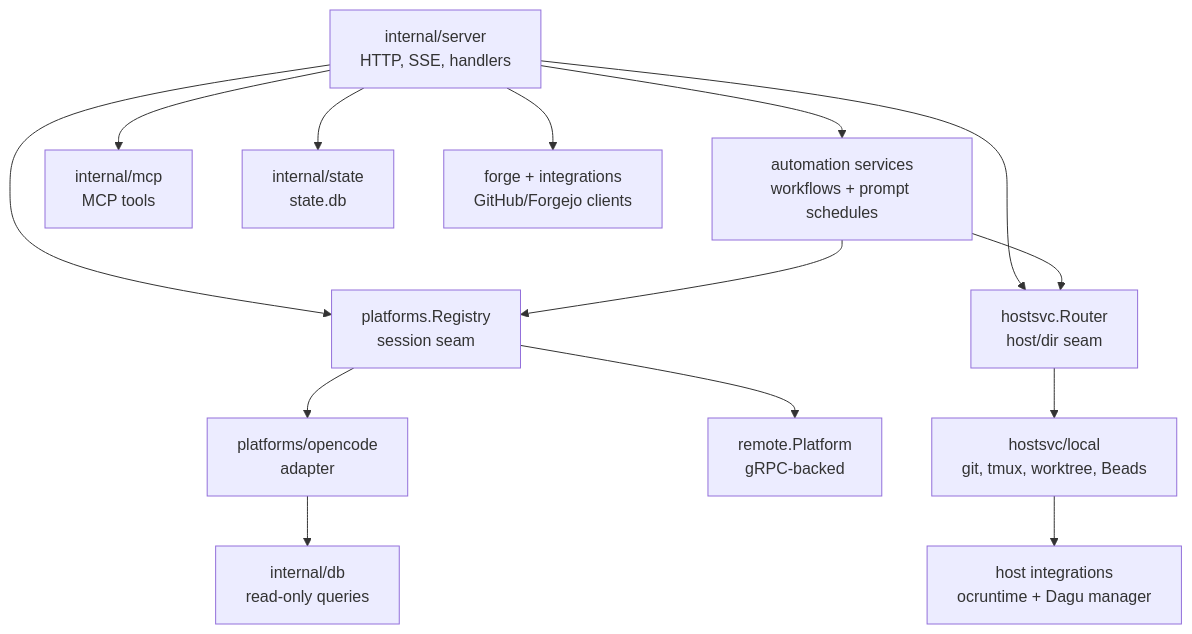
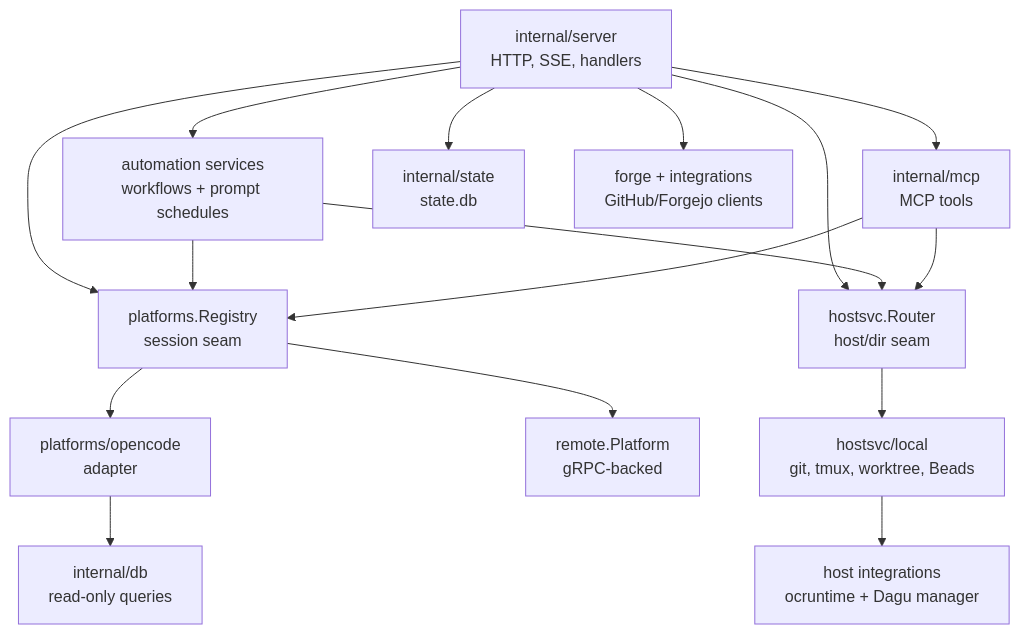
One commit to ocman/ocman changed the second of 4 diagrams in docs/other/architecture.md. Above: the diagram before and after it, drawn with Mermaid. The commit also changed other lines of this file and 17 other files, not shown here.

````diff
--- a/docs/other/architecture.md
+++ b/docs/other/architecture.md
@@ -58,16 +58,18 @@
 ```mermaid
 flowchart TD
     Server[internal/server<br/>HTTP, SSE, handlers] --> Registry[platforms.Registry<br/>session seam]
     Server --> Router[hostsvc.Router<br/>host/dir seam]
     Server --> Workflows[automation services<br/>workflows + prompt schedules]
     Workflows --> Registry
     Workflows --> Router
     Server --> MCP[internal/mcp<br/>MCP tools]
+    MCP --> Registry
+    MCP --> Router
     Registry --> OC[platforms/opencode<br/>adapter]
     Registry --> RP[remote.Platform<br/>gRPC-backed]
     OC --> DB[internal/db<br/>read-only queries]
     Router --> Local[hostsvc/local<br/>git, tmux, worktree, Beads]
     Local --> HostTools[host integrations<br/>ocruntime + Dagu manager]
     Server --> State[internal/state<br/>state.db]
     Server --> Forge[forge + integrations<br/>GitHub/Forgejo clients]
 ```
````
